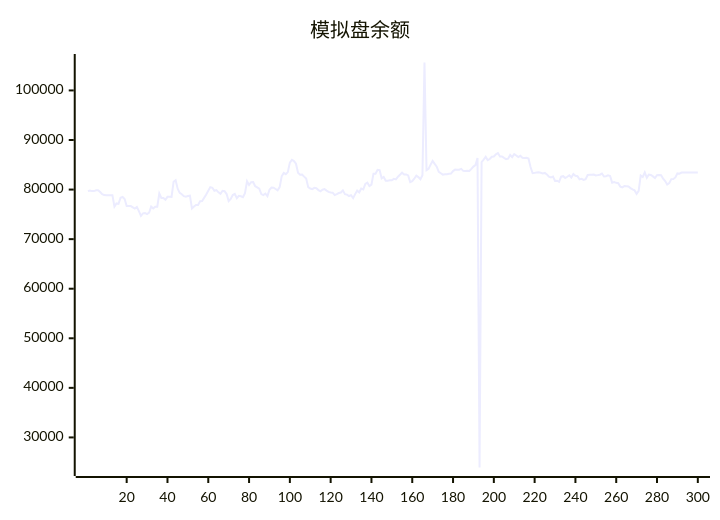
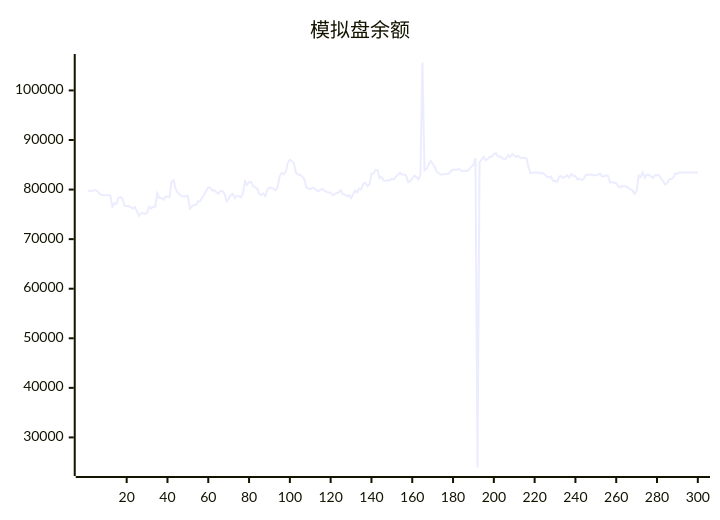
One commit to aahl/ai-trading changed the diagram in README.md. Above: the diagram before and after it, drawn with Mermaid. The commit also changed other lines of this file and 1 other file, not shown here.

````diff
--- a/README.md
+++ b/README.md
@@ -5,5 +5,5 @@
 ```mermaid
 xychart
     title "模拟盘余额"
-    line [79689,79819,79692,79692,79850,79850,79518,79071,78889,78850,78850,78878,78878,76554,77202,77103,78357,78510,78106,76678,76677,76672,76411,76159,76485,75656,74695,75197,75246,75052,75334,76564,76179,76553,76551,79196,78300,78300,77944,78531,78531,78521,81564,81884,80160,79335,79055,78675,78580,78708,78764,76179,76586,76902,76876,77658,77669,78346,79023,79769,80497,80366,79761,79896,79448,79126,79749,79658,79097,77695,78114,78888,79126,78249,78738,78653,78478,79271,81680,80923,81488,81527,80681,80455,80190,79084,78879,79193,78686,79954,80403,80374,80118,79848,80491,82665,83351,83098,83525,85430,85983,85737,85221,83378,83014,83043,82613,82216,80477,80208,80081,80348,80277,79894,79670,79965,80093,79786,79542,79406,79371,78893,79087,79304,79406,79841,79072,78978,78696,78846,78272,79085,79787,79442,80198,80031,81120,81379,80718,80985,83214,83212,83993,83921,82270,82547,81776,81776,81866,81866,82158,82061,82596,83000,83408,83041,83050,82858,81503,81691,82188,82812,82517,82092,82901,105633,83898,84180,85030,85781,85178,84604,83569,83298,83008,83093,83107,83175,83228,83729,84025,84017,84019,84177,83775,83762,83785,83738,84160,84639,84939,86370,23934,85548,86046,86599,85942,86161,86622,86664,87115,87369,86666,86685,86384,86152,86243,86969,86548,87164,86885,86566,86809,86427,86348,86417,86273,84538,83299,83369,83430,83490,83404,83270,83362,83056,82605,82459,82614,81734,81788,81551,82598,82702,82320,82580,82878,82426,83139,82778,82686,82056,82166,81963,82110,82951,82983,82984,83038,82838,82915,82998,83235,82642,82682,82858,82746,81396,81512,81362,81277,80600,80461,80699,80673,80616,80288,80038,79836,79142,79722,82837,82533,83480,82366,83032,82960,82654,82330,82883,82934,82901,82188,81728,81005,81298,82110,82135,82449,83264,83203,83440,83439,83440,83440,83446,83447,83448,83447,83448]
+    line [79819,79692,79692,79850,79850,79518,79071,78889,78850,78850,78878,78878,76554,77202,77103,78357,78510,78106,76678,76677,76672,76411,76159,76485,75656,74695,75197,75246,75052,75334,76564,76179,76553,76551,79196,78300,78300,77944,78531,78531,78521,81564,81884,80160,79335,79055,78675,78580,78708,78764,76179,76586,76902,76876,77658,77669,78346,79023,79769,80497,80366,79761,79896,79448,79126,79749,79658,79097,77695,78114,78888,79126,78249,78738,78653,78478,79271,81680,80923,81488,81527,80681,80455,80190,79084,78879,79193,78686,79954,80403,80374,80118,79848,80491,82665,83351,83098,83525,85430,85983,85737,85221,83378,83014,83043,82613,82216,80477,80208,80081,80348,80277,79894,79670,79965,80093,79786,79542,79406,79371,78893,79087,79304,79406,79841,79072,78978,78696,78846,78272,79085,79787,79442,80198,80031,81120,81379,80718,80985,83214,83212,83993,83921,82270,82547,81776,81776,81866,81866,82158,82061,82596,83000,83408,83041,83050,82858,81503,81691,82188,82812,82517,82092,82901,105633,83898,84180,85030,85781,85178,84604,83569,83298,83008,83093,83107,83175,83228,83729,84025,84017,84019,84177,83775,83762,83785,83738,84160,84639,84939,86370,23934,85548,86046,86599,85942,86161,86622,86664,87115,87369,86666,86685,86384,86152,86243,86969,86548,87164,86885,86566,86809,86427,86348,86417,86273,84538,83299,83369,83430,83490,83404,83270,83362,83056,82605,82459,82614,81734,81788,81551,82598,82702,82320,82580,82878,82426,83139,82778,82686,82056,82166,81963,82110,82951,82983,82984,83038,82838,82915,82998,83235,82642,82682,82858,82746,81396,81512,81362,81277,80600,80461,80699,80673,80616,80288,80038,79836,79142,79722,82837,82533,83480,82366,83032,82960,82654,82330,82883,82934,82901,82188,81728,81005,81298,82110,82135,82449,83264,83203,83440,83439,83440,83440,83446,83447,83448,83447,83448,83449]
 ```
````
